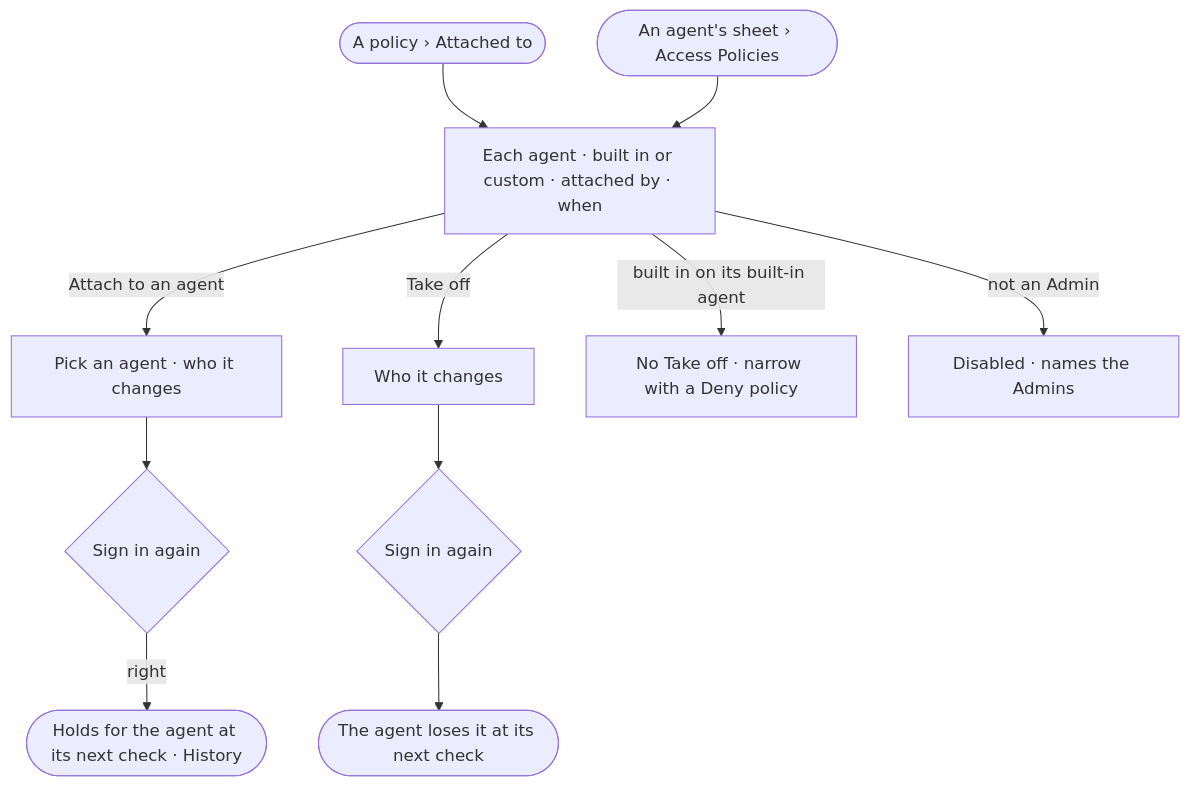
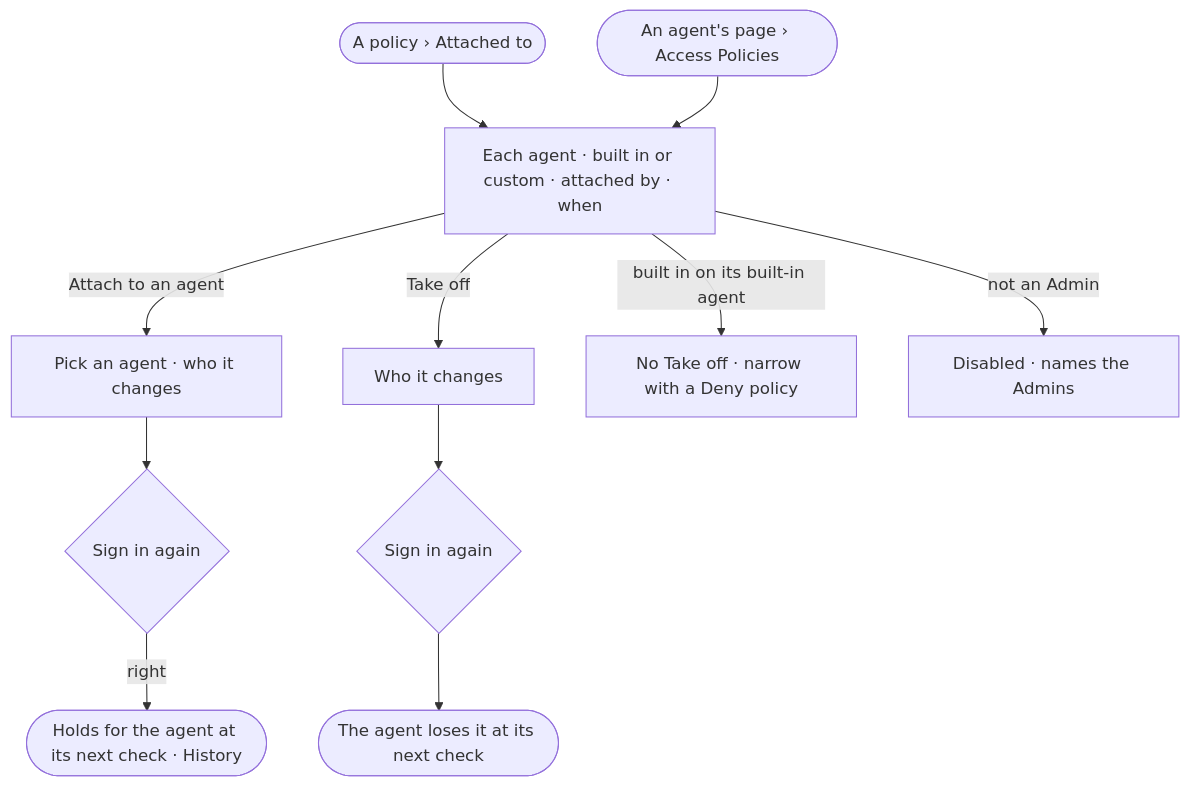
The diagram in specs/os/access/features/AC-F02-access-policies/stories/AC-11-attach-a-policy-to-agents/story.md (invana/invana), drawn with Mermaid before and after one commit. The commit also changed other lines of this file and 133 other files, not shown here.

````diff
--- a/specs/os/access/features/AC-F02-access-policies/stories/AC-11-attach-a-policy-to-agents/story.md
+++ b/specs/os/access/features/AC-F02-access-policies/stories/AC-11-attach-a-policy-to-agents/story.md
@@ -26,11 +26,11 @@
 ```mermaid
 flowchart TD
   r([A policy › Attached to]) --> t["Each agent · built in or custom · attached by · when"]
   t -->|Attach to an agent| a["Pick an agent · who it changes"]
   a --> pw{"Sign in again"}
   pw -->|right| ok(["Holds for the agent at its next check · History"])
   t -->|Take off| off["Who it changes"] --> pw2{"Sign in again"} --> gone(["The agent loses it at its next check"])
   t -->|built in on its built-in agent| fixed["No Take off · narrow with a Deny policy"]
   t -->|not an Admin| ask["Disabled · names the Admins"]
-  ag([An agent's sheet › Access Policies]) --> t
+  ag([An agent's page › Access Policies]) --> t
 ```
````
